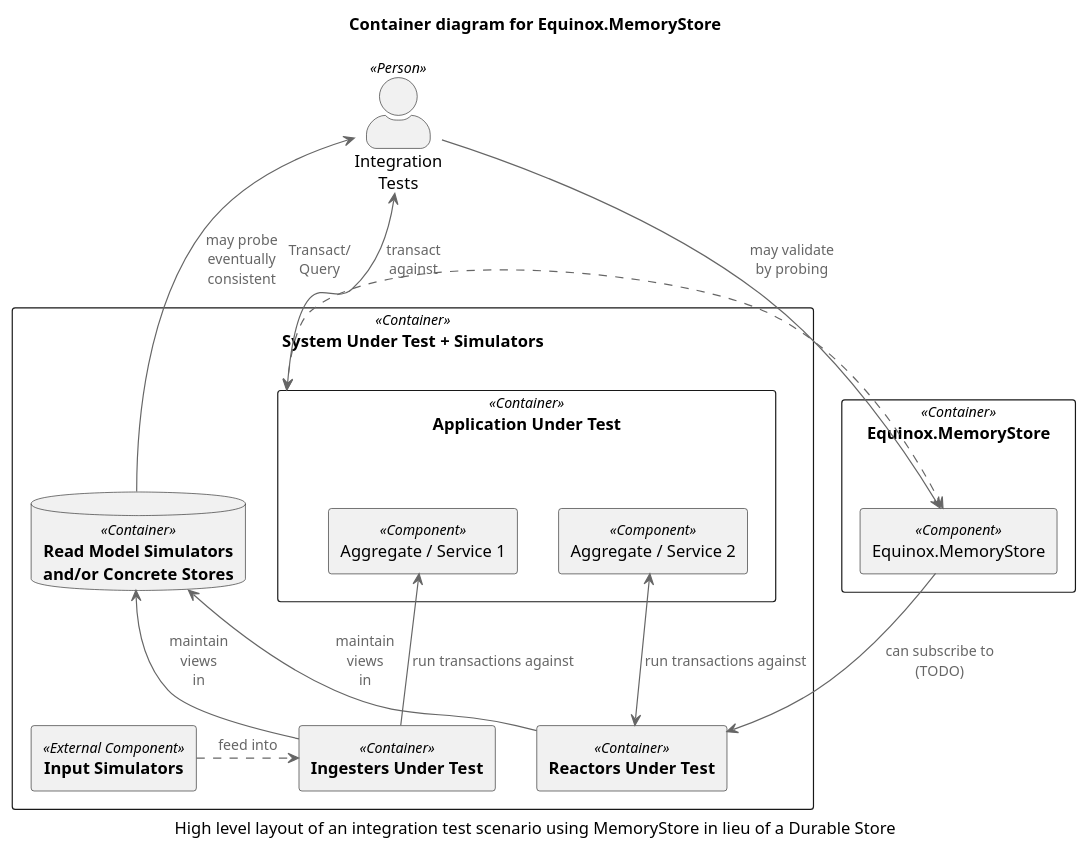
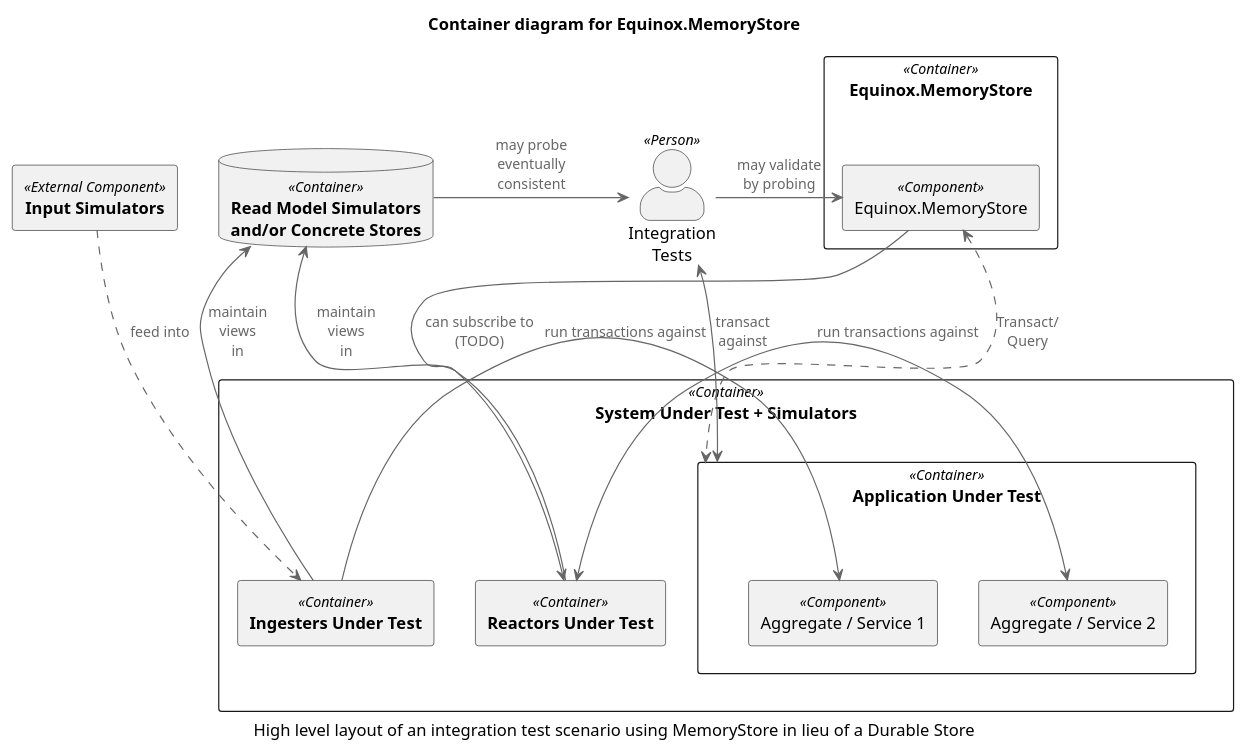
One commit to jet/equinox changed the diagram in diagrams/MemoryStoreContainer.puml. Above: the diagram before and after it, drawn with PlantUML. The commit also changed 2 other files, not shown here.

```diff
--- a/diagrams/MemoryStoreContainer.puml
+++ b/diagrams/MemoryStoreContainer.puml
@@ -1,53 +1,55 @@
 @startuml
 !includeurl https://raw.githubusercontent.com/skleanthous/C4-PlantumlSkin/master/build/output/c4.puml
 
 title Container diagram for Equinox.MemoryStore
 caption High level layout of an integration test scenario using MemoryStore in lieu of a Durable Store
 
-actor "Integration\nTests" <<Person>> as tests
+rectangle inputs <<External Component>> [
+    **Input Simulators**
+]
 
-rectangle "Equinox.MemoryStore" <<Container>> {
-    rectangle eqxms <<Component>> [
-        Equinox.MemoryStore
+together {
+    rectangle "Equinox.MemoryStore" <<Container>> {
+        rectangle eqxms <<Component>> [
+            Equinox.MemoryStore
+        ]
+    }
+    actor "Integration\nTests" <<Person>> as tests
+    database caches <<Container>> [
+        **Read Model Simulators**
+        **and/or Concrete Stores**
     ]
 }
 
 rectangle "System Under Test + Simulators" <<Container>> {
-    database caches <<Container>> [
-        **Read Model Simulators**
-        **and/or Concrete Stores**
-    ]
     rectangle "Application Under Test" <<Container>> as aggregate {
         rectangle aggregate1 <<Component>> [
             Aggregate / Service 1
         ]
         rectangle aggregate2 <<Component>> [
             Aggregate / Service 2
         ]
     }
     rectangle ingesters <<Container>> [
         **Ingesters Under Test**
     ]
-    rectangle inputs <<External Component>> [
-        **Input Simulators**
-    ]
     rectangle reactors <<Container>> [
         **Reactors Under Test**
     ]
 }
 
-tests     <-->  aggregate   : transact\nagainst
-tests     <-R-  caches      : may probe\neventually\nconsistent
-tests       --> eqxms       : may validate\nby probing
+tests     <-D->  aggregate  : transact\nagainst
+tests     <-     caches     : may probe\neventually\nconsistent
+tests       -L-> eqxms      : may validate\nby probing
 
-aggregate <.R.> eqxms       : Transact/\nQuery
+aggregate <.L.>  eqxms      : Transact/\nQuery
 
-ingesters  -U-> aggregate1  : run transactions against
-ingesters  -U-> caches      : maintain\nviews\nin
-ingesters <.L.  inputs      : feed into
+ingesters  ->    aggregate1 : run transactions against
+ingesters  -U->  caches     : maintain\nviews\nin
+ingesters <.U.   inputs     : feed into
 
-reactors  <-U-  eqxms       : can subscribe to\n(TODO)
-reactors  <-U-> aggregate2  : run transactions against
-reactors   -U-> caches      : maintain\nviews\nin
+reactors  <-     eqxms      : can subscribe to\n(TODO)
+reactors  <->    aggregate2 : run transactions against
+reactors  -U->   caches     : maintain\nviews\nin
 
 @enduml
```
